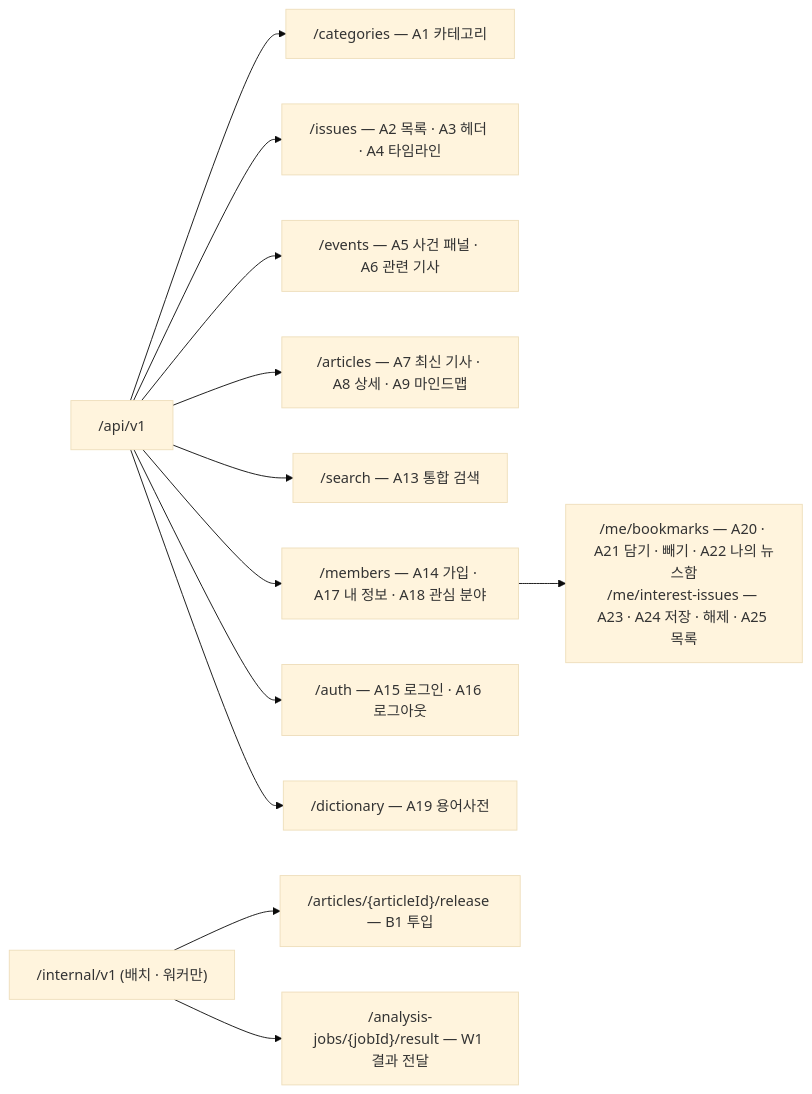
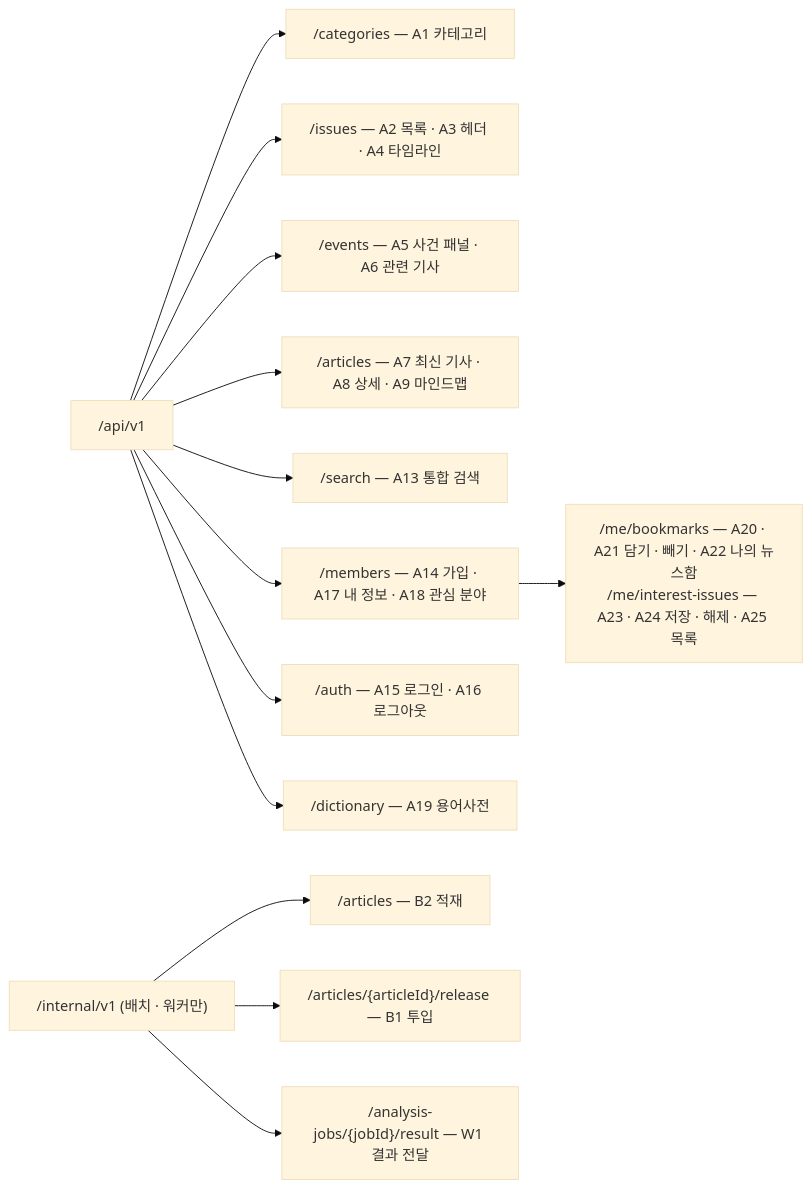
Before and after one commit to a102-NEWLEARN/NEW-LEARN: the third of 5 diagrams in docs/api.md, drawn with Mermaid (base theme). The commit also changed other lines of this file and 8 other files, not shown here.

````diff
--- a/docs/api.md
+++ b/docs/api.md
@@ -170,14 +169,15 @@
 ```mermaid
 flowchart LR
   R["/api/v1"] --> C["/categories — A1 카테고리"]
   R --> I["/issues — A2 목록 · A3 헤더 · A4 타임라인"]
   R --> E["/events — A5 사건 패널 · A6 관련 기사"]
   R --> AR["/articles — A7 최신 기사 · A8 상세 · A9 마인드맵"]
   R --> Q["/search — A13 통합 검색"]
   R --> M["/members — A14 가입 · A17 내 정보 · A18 관심 분야"]
   M --> MS["/me/bookmarks — A20 · A21 담기 · 빼기 · A22 나의 뉴스함<br/>/me/interest-issues — A23 · A24 저장 · 해제 · A25 목록"]
   R --> AU["/auth — A15 로그인 · A16 로그아웃"]
   R --> D["/dictionary — A19 용어사전"]
-  R2["/internal/v1 (배치 · 워커만)"] --> B1["/articles/{articleId}/release — B1 투입"]
+  R2["/internal/v1 (배치 · 워커만)"] --> B2["/articles — B2 적재"]
+  R2 --> B1["/articles/{articleId}/release — B1 투입"]
   R2 --> W1["/analysis-jobs/{jobId}/result — W1 결과 전달"]
 ```
````
